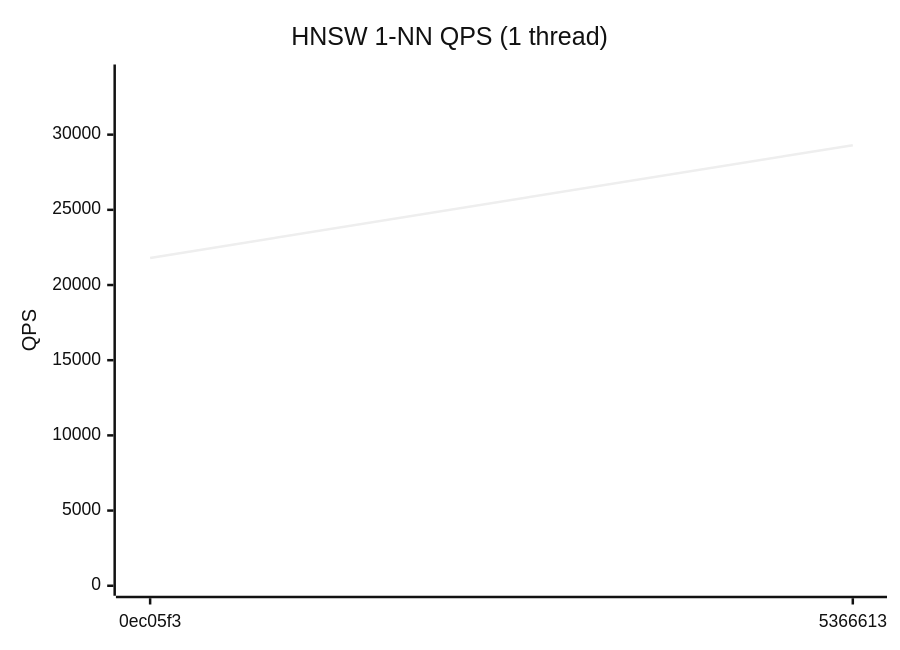
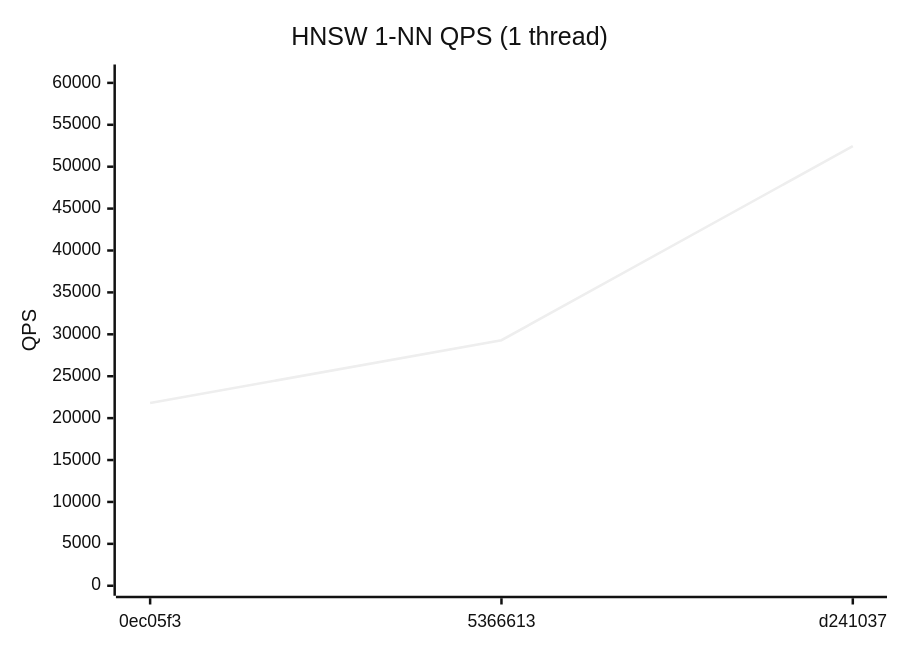
One commit to bibidhSubedi0/RedBoxDb changed the first of 4 diagrams in benchmarks/REPORT.md. Above: the diagram before and after it, drawn with Mermaid (neutral theme). The commit also changed other lines of this file and 1 other file, not shown here.

````diff
--- a/benchmarks/REPORT.md
+++ b/benchmarks/REPORT.md
@@ -19,7 +19,7 @@
 ```mermaid
 xychart-beta
   title "HNSW 1-NN QPS (1 thread)"
-  x-axis ["0ec05f3", "5366613"]
-  y-axis "QPS" 0 --> 34000
-  line [21803, 29297]
+  x-axis ["0ec05f3", "5366613", "d241037"]
+  y-axis "QPS" 0 --> 61000
+  line [21803, 29297, 52450]
 ```
````
